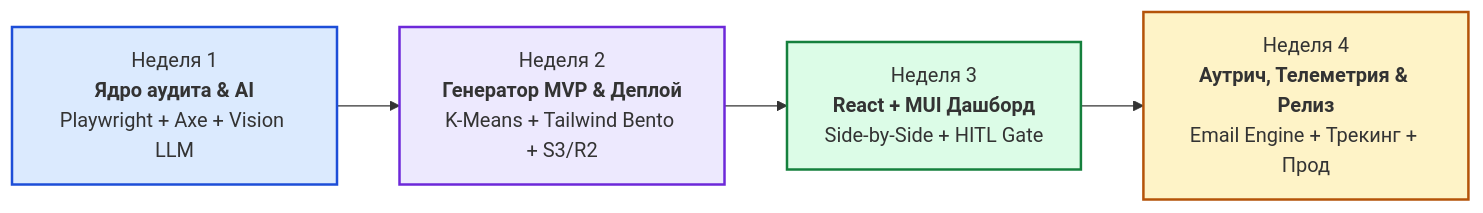
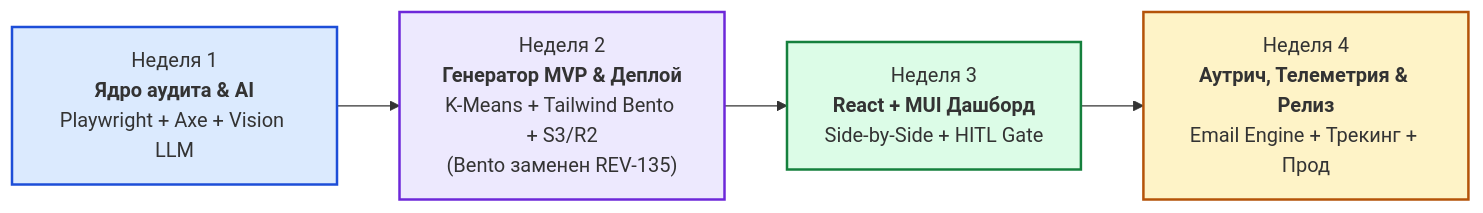
The first of 2 diagrams in milestones.md (yurykurouski/revamp-docs), drawn with Mermaid before and after one commit. The commit also changed other lines of this file and 2 other files, not shown here.

Commit message:
docs(REV-142): ADR 17, superseded ADRs, milestones REV-135–142, README — the model-designed MVP page

````diff
--- a/milestones.md
+++ b/milestones.md
@@ -27,11 +27,11 @@
 ```mermaid
 flowchart LR
-    W1["Неделя 1<br/><b>Ядро аудита & AI</b><br/>Playwright + Axe + Vision LLM"] --> W2["Неделя 2<br/><b>Генератор MVP & Деплой</b><br/>K-Means + Tailwind Bento + S3/R2"]
+    W1["Неделя 1<br/><b>Ядро аудита & AI</b><br/>Playwright + Axe + Vision LLM"] --> W2["Неделя 2<br/><b>Генератор MVP & Деплой</b><br/>K-Means + Tailwind Bento + S3/R2<br/>(Bento заменен REV-135)"]
     W2 --> W3["Неделя 3<br/><b>React + MUI Дашборд</b><br/>Side-by-Side + HITL Gate"]
     W3 --> W4["Неделя 4<br/><b>Аутрич, Телеметрия & Релиз</b><br/>Email Engine + Трекинг + Прод"]
 
     style W1 fill:#dbeafe,stroke:#1d4ed8,stroke-width:2px
     style W2 fill:#ede9fe,stroke:#6d28d9,stroke-width:2px
     style W3 fill:#dcfce7,stroke:#15803d,stroke-width:2px
     style W4 fill:#fef3c7,stroke:#b45309,stroke-width:2px
 ```
````
